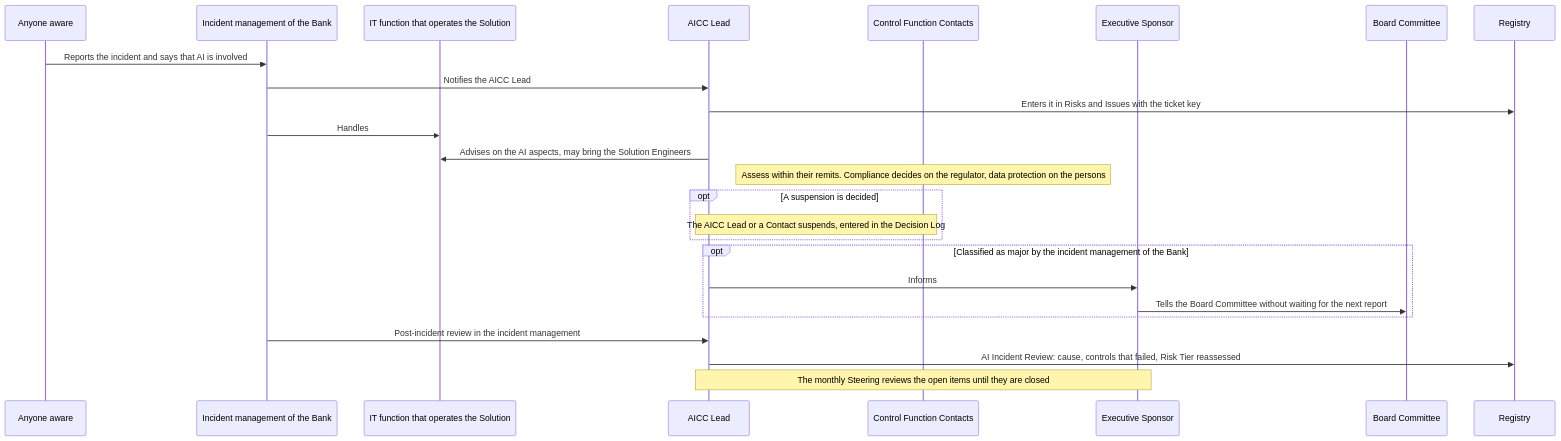
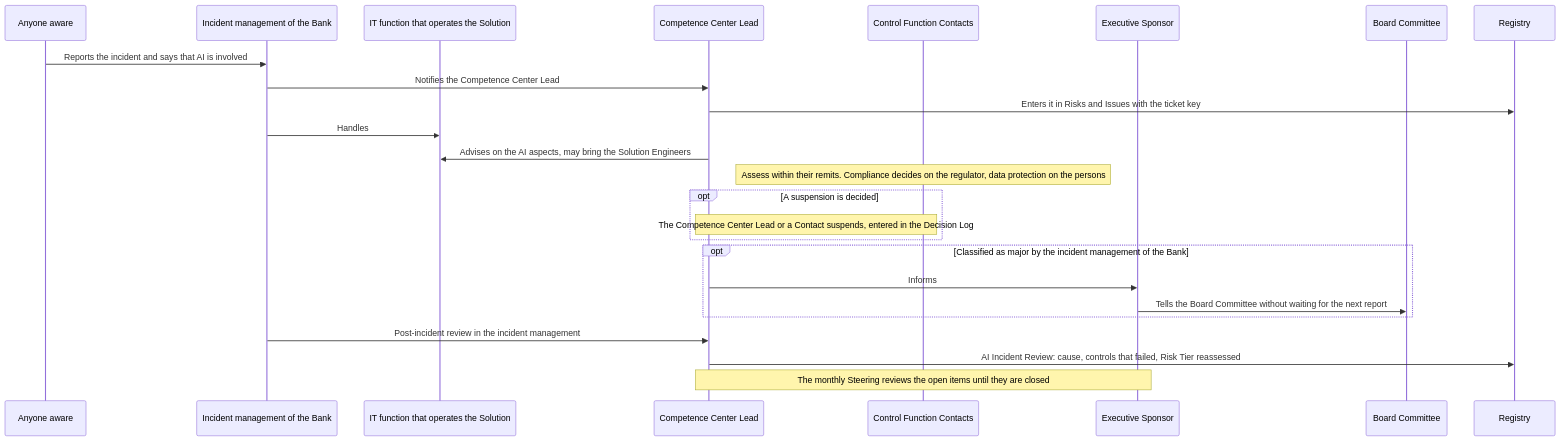
Before and after one commit to devhogu/ob-aicc: the fourth of 6 diagrams in charter/en/workflows/unit-governance.md, drawn with Mermaid. The commit also changed other lines of this file and 1149 other files, not shown here.

First line of the commit message:
The name Competence Center: AICC stays only as a code (DR-2026-066)

````diff
--- a/charter/en/workflows/unit-governance.md
+++ b/charter/en/workflows/unit-governance.md
@@ -117,27 +117,27 @@
 ```mermaid
 sequenceDiagram
   participant U as Anyone aware
   participant IM as Incident management of the Bank
   participant OPS as IT function that operates the Solution
-  participant L as AICC Lead
+  participant L as Competence Center Lead
   participant CF as Control Function Contacts
   participant ES as Executive Sponsor
   participant BC as Board Committee
   participant R as Registry
   U->>IM: Reports the incident and says that AI is involved
-  IM->>L: Notifies the AICC Lead
+  IM->>L: Notifies the Competence Center Lead
   L->>R: Enters it in Risks and Issues with the ticket key
   IM->>OPS: Handles
   L->>OPS: Advises on the AI aspects, may bring the Solution Engineers
   Note over CF: Assess within their remits. Compliance decides on the regulator, data protection on the persons
   opt A suspension is decided
-    Note over L,CF: The AICC Lead or a Contact suspends, entered in the Decision Log
+    Note over L,CF: The Competence Center Lead or a Contact suspends, entered in the Decision Log
   end
   opt Classified as major by the incident management of the Bank
     L->>ES: Informs
     ES->>BC: Tells the Board Committee without waiting for the next report
   end
   IM->>L: Post-incident review in the incident management
   L->>R: AI Incident Review: cause, controls that failed, Risk Tier reassessed
   Note over L,ES: The monthly Steering reviews the open items until they are closed
 ```
````
